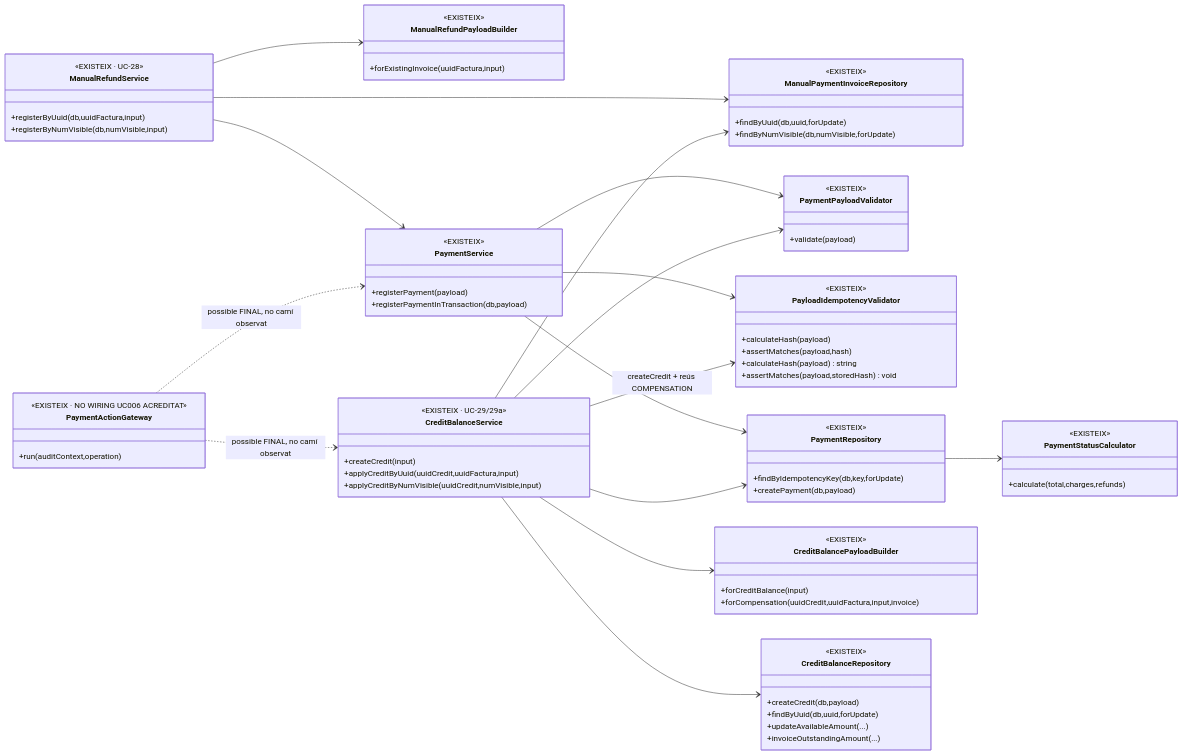
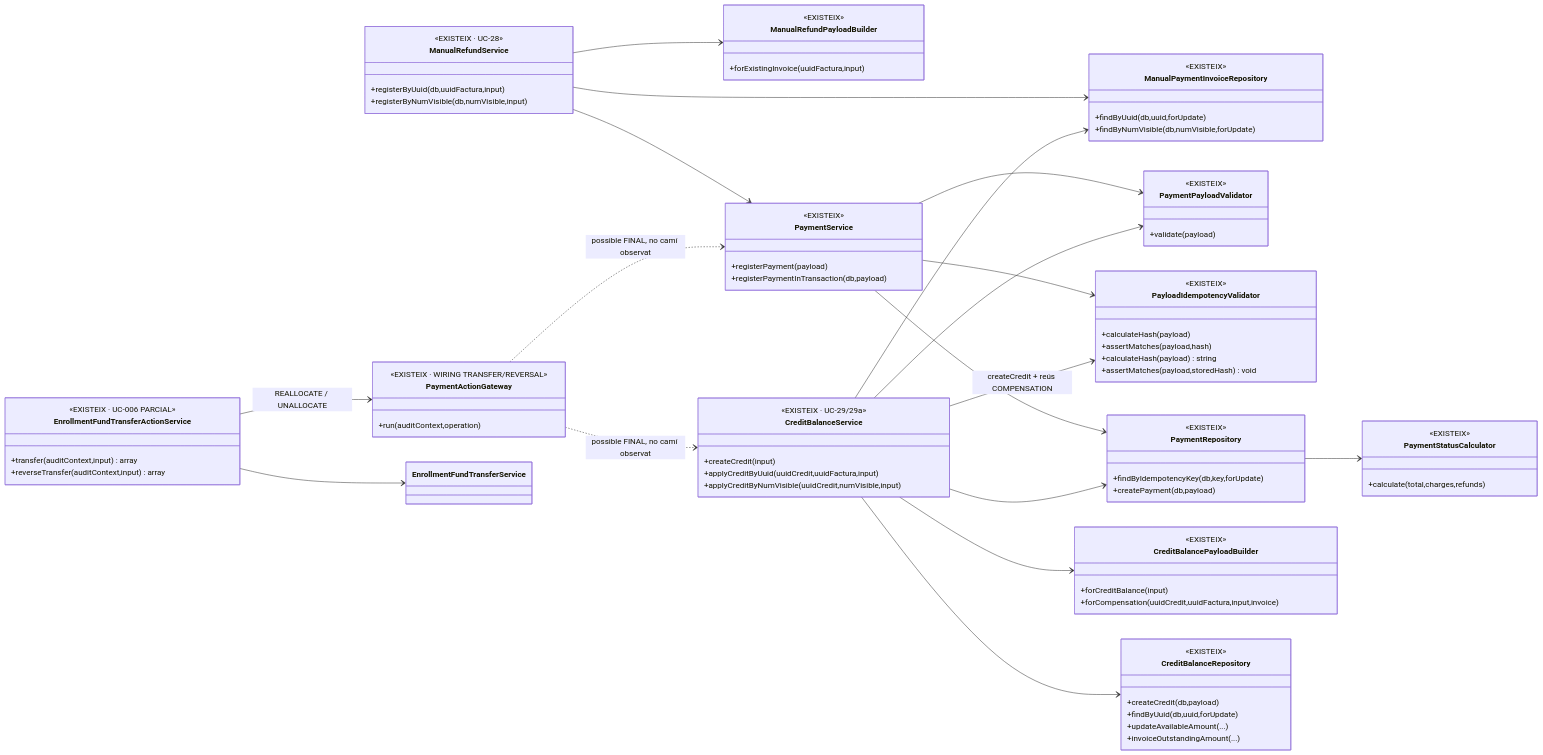
The third of 6 diagrams in documentacio/07-uml-integrat/uc-006-classes-actual-final.md (orgmeriemprismacat-del/verifactu), drawn with Mermaid before and after one commit. The commit also changed other lines of this file, not shown here.

Commit message:
docs(UC-006): afegir wrapper auditat a classes

````diff
--- a/documentacio/07-uml-integrat/uc-006-classes-actual-final.md
+++ b/documentacio/07-uml-integrat/uc-006-classes-actual-final.md
@@ -218,8 +218,13 @@
   +updateAvailableAmount(...)
   +invoiceOutstandingAmount(...)
 }
+class EnrollmentFundTransferActionService {
+  <<EXISTEIX · UC-006 PARCIAL>>
+  +transfer(auditContext,input) array
+  +reverseTransfer(auditContext,input) array
+}
 class PaymentActionGateway {
-  <<EXISTEIX · NO WIRING UC006 ACREDITAT>>
+  <<EXISTEIX · WIRING TRANSFER/REVERSAL>>
   +run(auditContext,operation)
 }
 class PayloadIdempotencyValidator {
@@ -243,6 +248,8 @@
 CreditBalanceService --> PaymentRepository
 CreditBalanceService --> PayloadIdempotencyValidator : createCredit + reús COMPENSATION
 
+EnrollmentFundTransferActionService --> PaymentActionGateway : REALLOCATE / UNALLOCATE
+EnrollmentFundTransferActionService --> EnrollmentFundTransferService
 PaymentActionGateway ..> PaymentService : possible FINAL, no camí observat
 PaymentActionGateway ..> CreditBalanceService : possible FINAL, no camí observat
 ```
````
